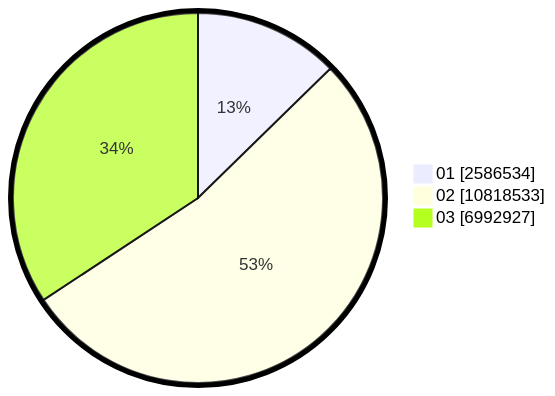
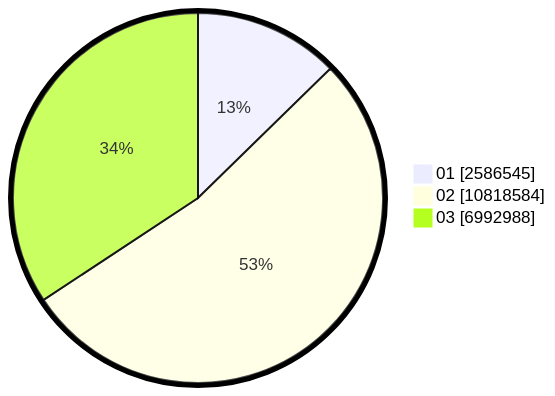
One commit to gigit-pemilu/pemilu-2024 changed the second of 2 diagrams in pilpres/hitung-suara/sub/table-wilayah-33.md. Above: the diagram before and after it, drawn with Mermaid. The commit also changed other lines of this file and 12 other files, not shown here.

````diff
--- a/pilpres/hitung-suara/sub/table-wilayah-33.md
+++ b/pilpres/hitung-suara/sub/table-wilayah-33.md
@@ -15,7 +15,7 @@
 ```mermaid
 %%{init: {"pie": {"textPosition": 0.5}, "themeVariables": {"pieOuterStrokeWidth": "5px"}} }%%
 pie showData
-    "01" : 2586534
-    "02" : 10818533
-    "03" : 6992927
+    "01" : 2586545
+    "02" : 10818584
+    "03" : 6992988
 ```
````
